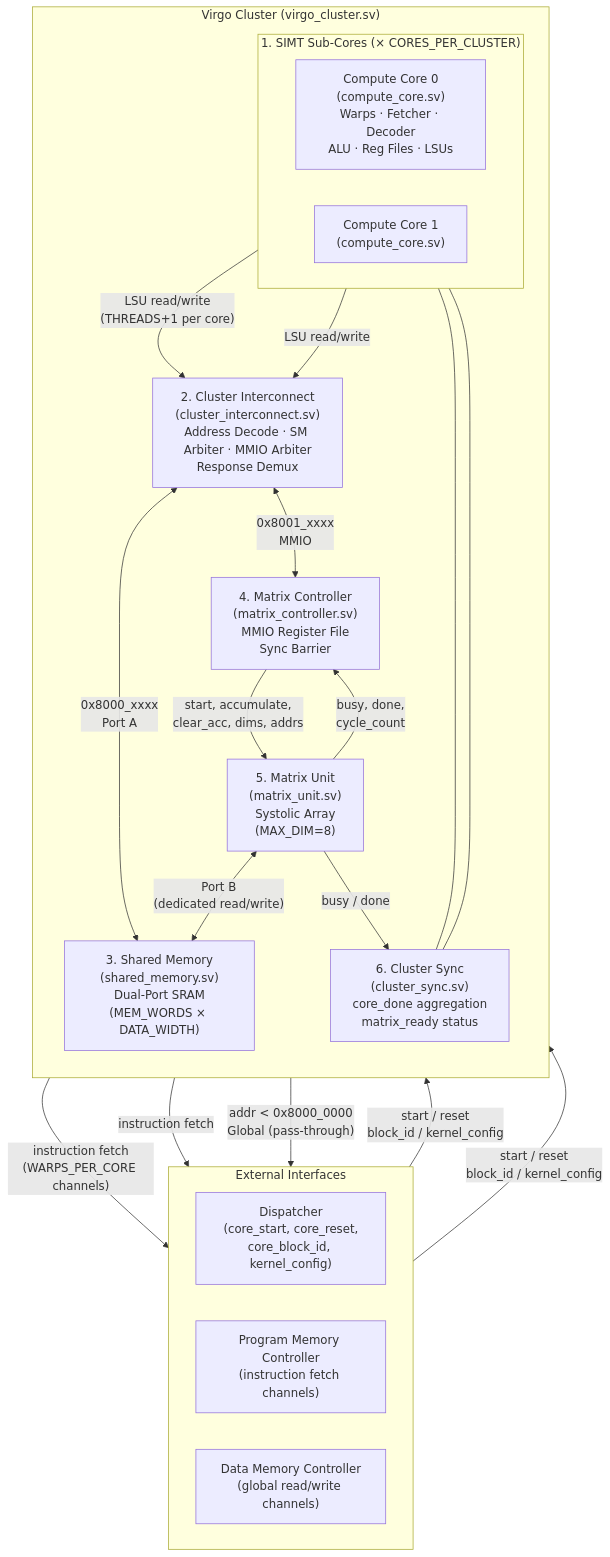
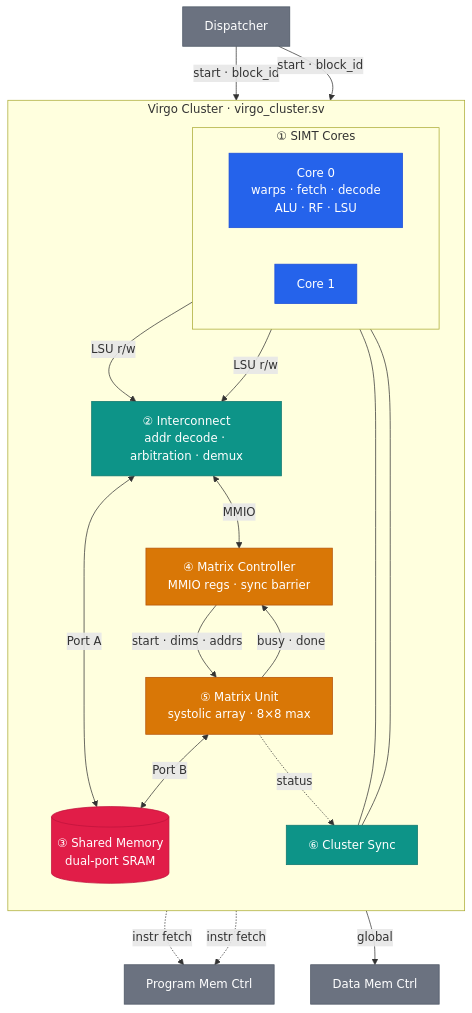
The third of 10 diagrams in README.md (1arka02/mini_virgo), drawn with Mermaid before and after one commit. The commit also changed other lines of this file and 9 other files, not shown here.

````diff
--- a/README.md
+++ b/README.md
@@ -163,58 +144,43 @@
 ```mermaid
 flowchart TB
-    subgraph External ["External Interfaces"]
-        direction LR
-        Dispatcher["Dispatcher\n(core_start, core_reset,\ncore_block_id, kernel_config)"]
-        ProgMemCtrl["Program Memory Controller\n(instruction fetch channels)"]
-        DataMemCtrl["Data Memory Controller\n(global read/write channels)"]
+    classDef ext fill:#6b7280,stroke:#4b5563,color:#fff
+    classDef core fill:#2563eb,stroke:#1d4ed8,color:#fff
+    classDef ctrl fill:#0d9488,stroke:#0f766e,color:#fff
+    classDef mem fill:#e11d48,stroke:#be123c,color:#fff
+    classDef accel fill:#d97706,stroke:#b45309,color:#fff
+
+    Dispatcher["Dispatcher"]:::ext
+    ProgMemCtrl["Program Mem Ctrl"]:::ext
+    DataMemCtrl["Data Mem Ctrl"]:::ext
+
+    subgraph VirgoCluster ["Virgo Cluster  ·  virgo_cluster.sv"]
+        direction TB
+
+        subgraph Cores [" ① SIMT Cores "]
+            direction LR
+            Core0["Core 0\nwarps · fetch · decode\nALU · RF · LSU"]:::core
+            Core1["Core 1"]:::core
+        end
+
+        Interconnect["② Interconnect\naddr decode · arbitration · demux"]:::ctrl
+        SharedMem[("③ Shared Memory\ndual-port SRAM")]:::mem
+        MatrixCtrl["④ Matrix Controller\nMMIO regs · sync barrier"]:::accel
+        MatrixUnit["⑤ Matrix Unit\nsystolic array · 8×8 max"]:::accel
+        ClusterSync["⑥ Cluster Sync"]:::ctrl
     end
 
-    subgraph VirgoCluster ["Virgo Cluster (virgo_cluster.sv)"]
-        direction TB
+    Dispatcher -->|"start · block_id"| Core0 & Core1
+    Core0 & Core1 -.->|"instr fetch"| ProgMemCtrl
+    Core0 & Core1 -->|"LSU r/w"| Interconnect
 
-        subgraph Cores ["1. SIMT Sub-Cores (× CORES_PER_CLUSTER)"]
-            direction LR
-            Core0["Compute Core 0\n(compute_core.sv)\nWarps · Fetcher · Decoder\nALU · Reg Files · LSUs"]
-            Core1["Compute Core 1\n(compute_core.sv)"]
-        end
+    Interconnect -->|"global"| DataMemCtrl
+    Interconnect <-->|"Port A"| SharedMem
+    Interconnect <-->|"MMIO"| MatrixCtrl
 
-        Interconnect["2. Cluster Interconnect\n(cluster_interconnect.sv)\nAddress Decode · SM Arbiter · MMIO Arbiter\nResponse Demux"]
+    MatrixCtrl -->|"start · dims · addrs"| MatrixUnit
+    MatrixUnit -->|"busy · done"| MatrixCtrl
+    MatrixUnit <-->|"Port B"| SharedMem
 
-        SharedMem["3. Shared Memory\n(shared_memory.sv)\nDual-Port SRAM\n(MEM_WORDS × DATA_WIDTH)"]
-
-        MatrixCtrl["4. Matrix Controller\n(matrix_controller.sv)\nMMIO Register File\nSync Barrier"]
-
-        MatrixUnit["5. Matrix Unit\n(matrix_unit.sv)\nSystolic Array\n(MAX_DIM=8)"]
-
-        ClusterSync["6. Cluster Sync\n(cluster_sync.sv)\ncore_done aggregation\nmatrix_ready status"]
-    end
-
-    %% Dispatcher → Cores
-    Dispatcher -->|"start / reset\nblock_id / kernel_config"| Core0
-    Dispatcher -->|"start / reset\nblock_id / kernel_config"| Core1
-
-    %% Cores → Program Memory Controller (instruction fetches)
-    Core0 -->|"instruction fetch\n(WARPS_PER_CORE channels)"| ProgMemCtrl
-    Core1 -->|"instruction fetch"| ProgMemCtrl
-
-    %% Cores → Interconnect (LSU requests)
-    Core0 -->|"LSU read/write\n(THREADS+1 per core)"| Interconnect
-    Core1 -->|"LSU read/write"| Interconnect
-
-    %% Interconnect routing
-    Interconnect -->|"addr < 0x8000_0000\nGlobal (pass-through)"| DataMemCtrl
-    Interconnect <-->|"0x8000_xxxx\nPort A"| SharedMem
-    Interconnect <-->|"0x8001_xxxx\nMMIO"| MatrixCtrl
-
-    %% Matrix Controller ↔ Matrix Unit
-    MatrixCtrl -->|"start, accumulate,\nclear_acc, dims, addrs"| MatrixUnit
-    MatrixUnit -->|"busy, done,\ncycle_count"| MatrixCtrl
-
-    %% Matrix Unit ↔ Shared Memory Port B
-    MatrixUnit <-->|"Port B\n(dedicated read/write)"| SharedMem
-
-    %% Cluster Sync
-    Core0 --- ClusterSync
-    Core1 --- ClusterSync
-    MatrixUnit -->|"busy / done"| ClusterSync
+    Core0 & Core1 --- ClusterSync
+    MatrixUnit -.->|"status"| ClusterSync
 ```
````
